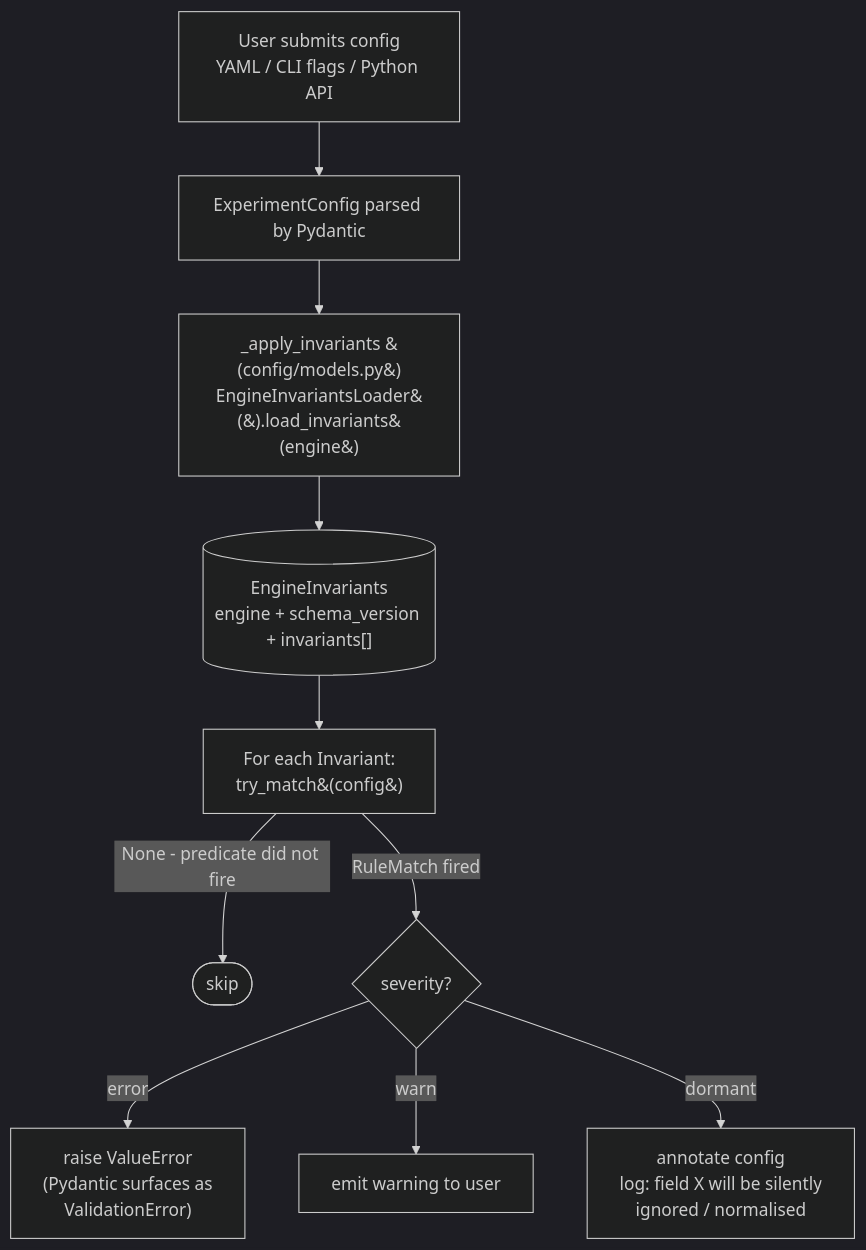
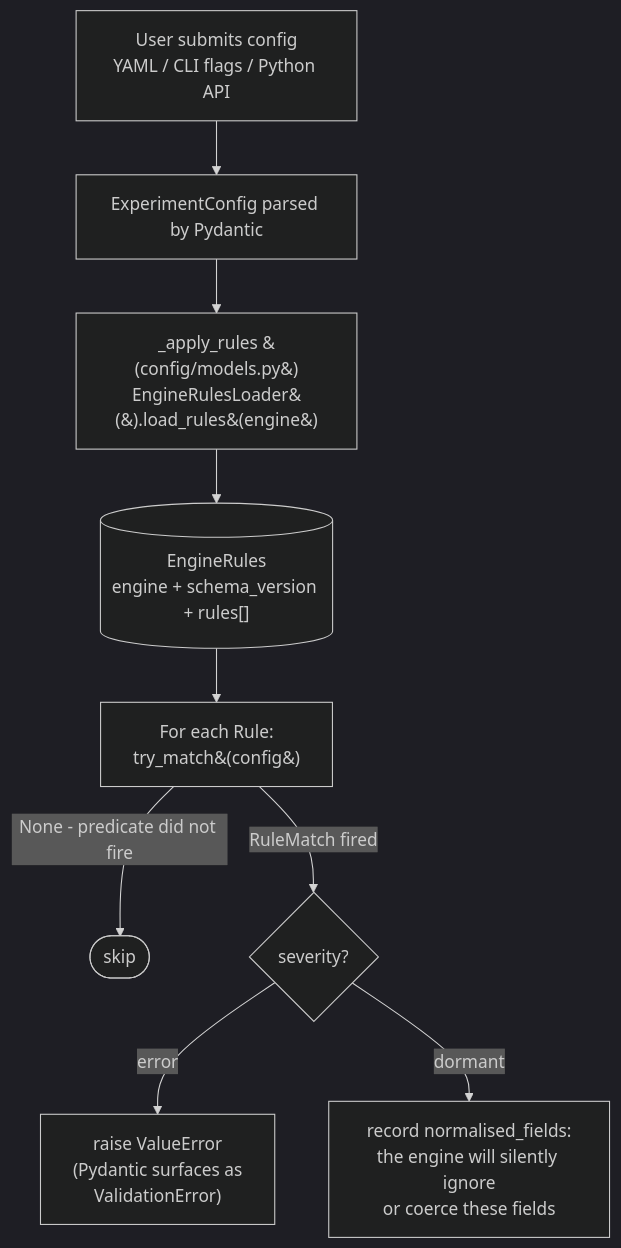
The first of 2 diagrams in docs/explanation/architecture/parameter-discovery.md (henrycgbaker/LLenergyMeasure), drawn with Mermaid (dark theme) before and after one commit. The commit also changed other lines of this file and 23 other files, not shown here.

First line of the commit message:
docs: align documentation with byte-verification engine knowledge flow (#759)

````diff
--- a/docs/explanation/architecture/parameter-discovery.md
+++ b/docs/explanation/architecture/parameter-discovery.md
@@ -21,17 +21,16 @@
 ```mermaid
 flowchart TB
     user[User submits config<br/>YAML / CLI flags / Python API]
     pydantic[ExperimentConfig parsed by Pydantic]
-    apply[_apply_invariants &#40;config/models.py&#41;<br/>EngineInvariantsLoader&#40;&#41;.load_invariants&#40;engine&#41;]
-    inv[(EngineInvariants<br/>engine + schema_version + invariants&lsqb;&rsqb;)]
+    apply[_apply_rules &#40;config/models.py&#41;<br/>EngineRulesLoader&#40;&#41;.load_rules&#40;engine&#41;]
+    rules[(EngineRules<br/>engine + schema_version + rules&lsqb;&rsqb;)]
 
-    user --> pydantic --> apply --> inv
+    user --> pydantic --> apply --> rules
 
-    inv --> rule[For each Invariant:<br/>try_match&#40;config&#41;]
+    rules --> rule[For each Rule:<br/>try_match&#40;config&#41;]
     rule -->|None - predicate did not fire| skip([skip])
     rule -->|RuleMatch fired| match{severity?}
 
     match -->|error| err["raise ValueError<br/>(Pydantic surfaces as<br/>ValidationError)"]
-    match -->|warn| warn[emit warning to user]
-    match -->|dormant| dormant["annotate config<br/>log: field X will be silently<br/>ignored / normalised"]
+    match -->|dormant| dormant["record normalised_fields:<br/>the engine will silently ignore<br/>or coerce these fields"]
 ```
````
